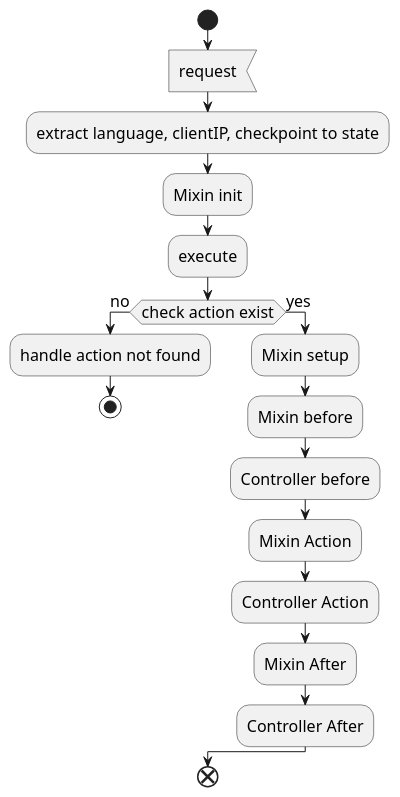
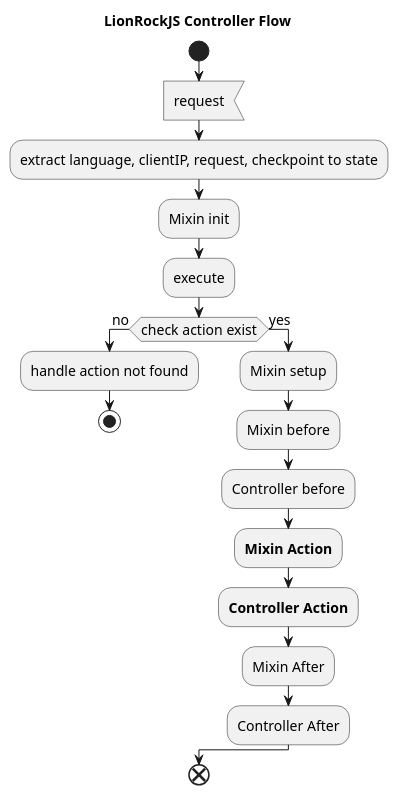
The diagram in spec/controller.puml (LionRockJS/mvc), drawn with PlantUML before and after one commit. The commit also changed 2 other files, not shown here.

```diff
--- a/spec/controller.puml
+++ b/spec/controller.puml
@@ -1,26 +1,28 @@
 @startuml
 skinparam monochrome true
 skinparam shadowing false
-skinparam defaultFontName "Barlow Condensed Semibold"
-skinparam defaultFontSize 16
+skinparam defaultFontName "Barlow Semi Condensed"
+skinparam defaultFontSize 14
+
+title LionRockJS Controller Flow
 
 start
 :request<
-:extract language, clientIP, checkpoint to state;
+:extract language, clientIP, request, checkpoint to state;
 :Mixin init;
 :execute;
 if(check action exist) then (no)
 :handle action not found;
 stop
 else (yes)
 :Mixin setup;
 :Mixin before;
 :Controller before;
-:Mixin Action;
-:Controller Action;
+:**Mixin Action**;
+:**Controller Action**;
 :Mixin After;
 :Controller After;
 endif
 end
 
 @enduml
```
